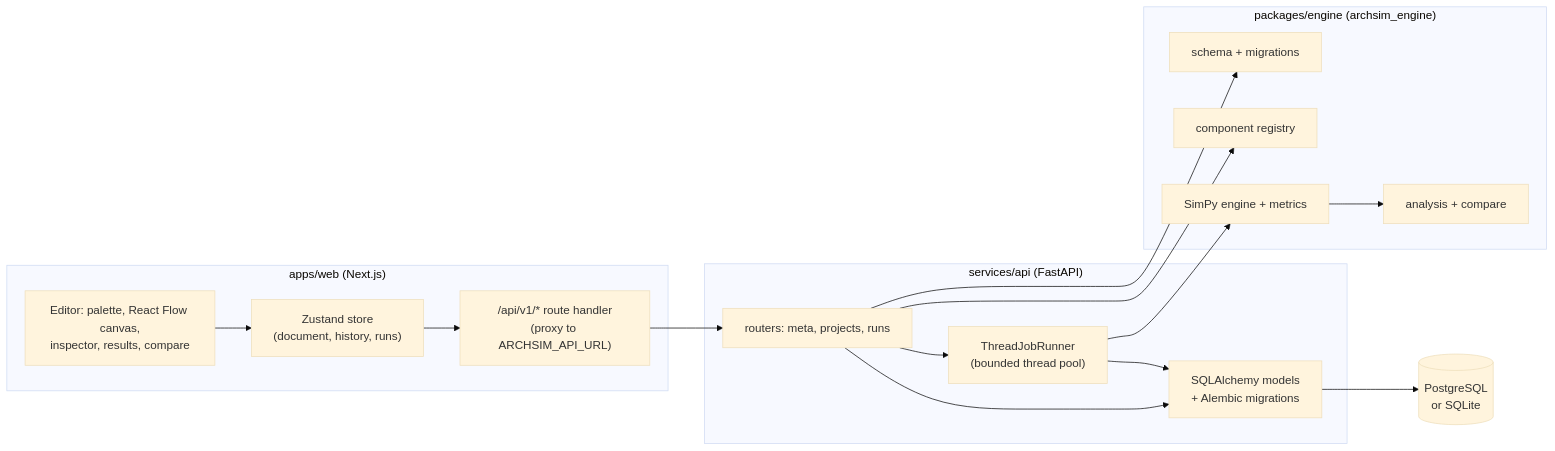
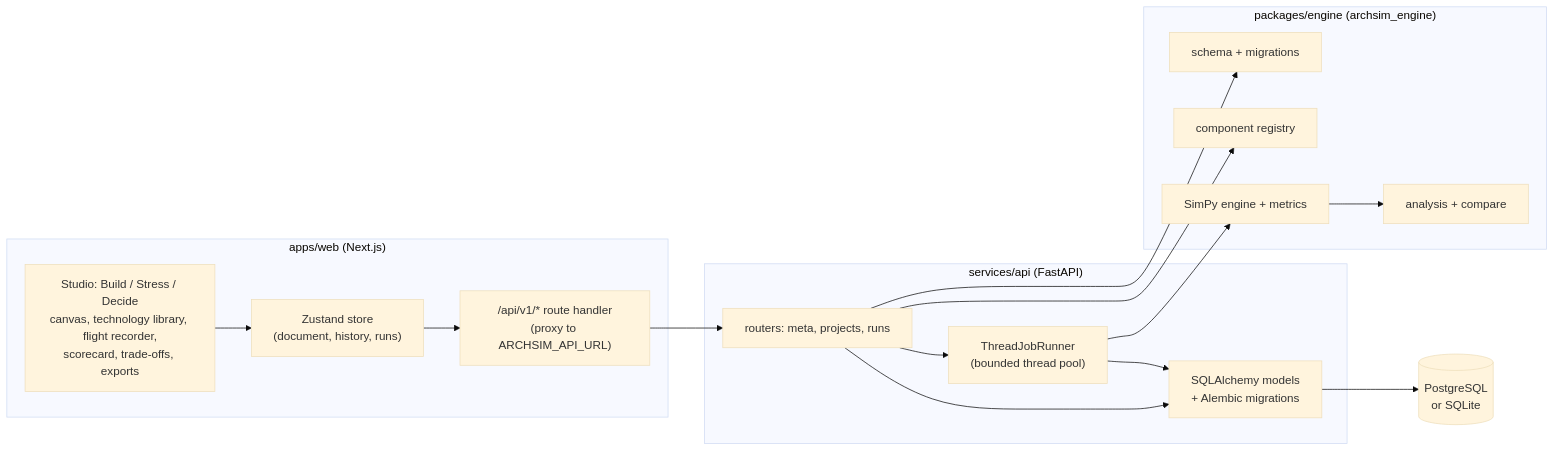
One commit to dante0747/archsim changed the first of 2 diagrams in docs/architecture.md. Above: the diagram before and after it, drawn with Mermaid (base theme). The commit also changed other lines of this file and 112 other files, not shown here.

First line of the commit message:
feat: add Studio v2 with real technologies, chaos, flight recorder and decisions

````diff
--- a/docs/architecture.md
+++ b/docs/architecture.md
@@ -6,27 +6,27 @@
 ```mermaid
 flowchart LR
   subgraph web["apps/web (Next.js)"]
-    UI["Editor: palette, React Flow canvas,<br/>inspector, results, compare"]
+    UI["Studio: Build / Stress / Decide<br/>canvas, technology library, flight recorder,<br/>scorecard, trade-offs, exports"]
     Store["Zustand store<br/>(document, history, runs)"]
     Proxy["/api/v1/* route handler<br/>(proxy to ARCHSIM_API_URL)"]
   end
   subgraph api["services/api (FastAPI)"]
     Routers["routers: meta, projects, runs"]
     Jobs["ThreadJobRunner<br/>(bounded thread pool)"]
     ORM["SQLAlchemy models<br/>+ Alembic migrations"]
   end
   subgraph engine["packages/engine (archsim_engine)"]
     Schema["schema + migrations"]
     Registry["component registry"]
     Sim["SimPy engine + metrics"]
     Analysis["analysis + compare"]
   end
   DB[("PostgreSQL<br/>or SQLite")]
   UI --> Store --> Proxy --> Routers
   Routers --> Jobs --> Sim
   Routers --> Schema
   Routers --> Registry
   Routers --> ORM --> DB
   Jobs --> ORM
   Sim --> Analysis
 ```
````
